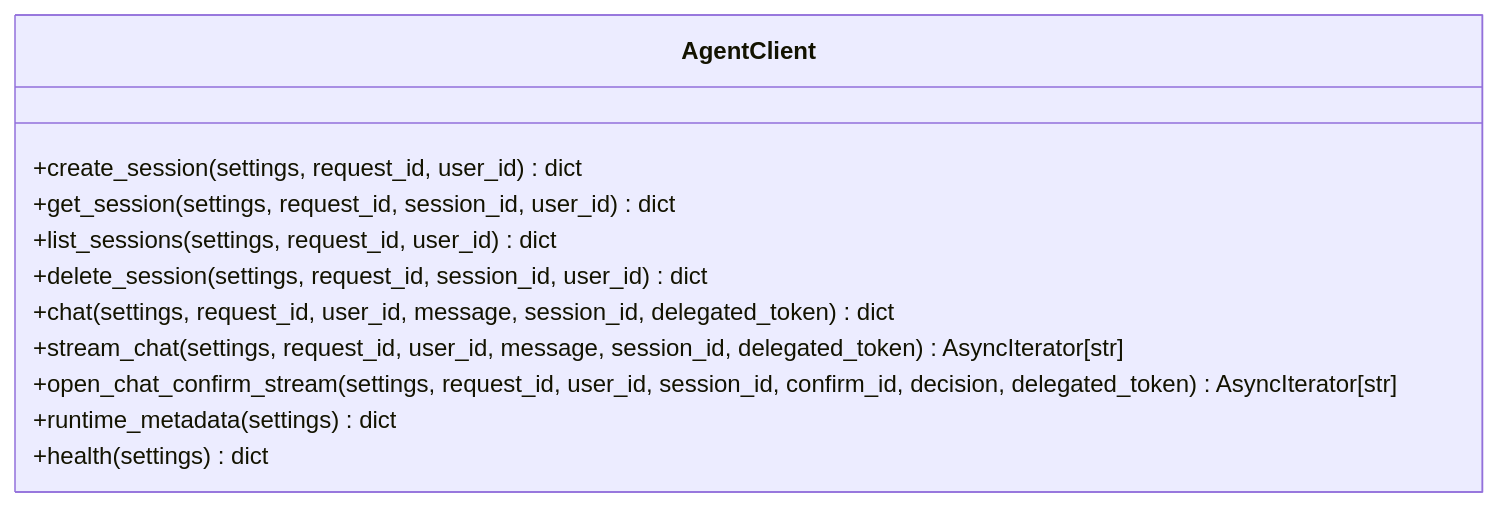
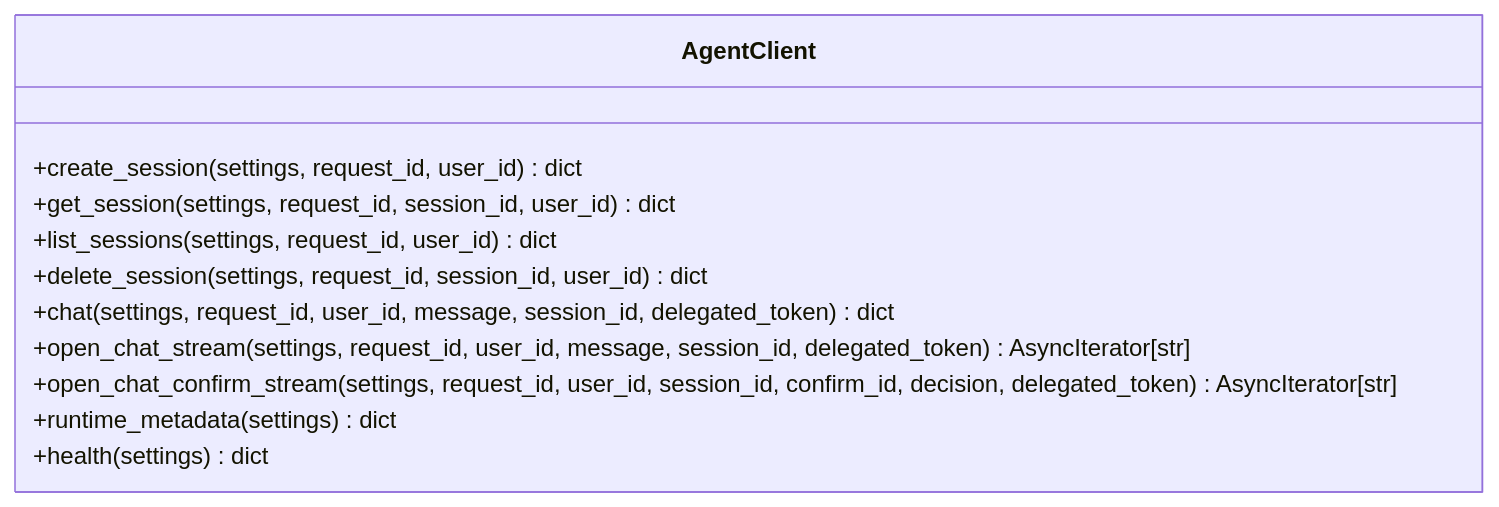
One commit to metasync/luban-aiops changed diagram 14 of 19 in .qoder/repowiki/en/content/Architecture Documentation/Platform Gateway Service.md. Above: the diagram before and after it, drawn with Mermaid. The commit also changed other lines of this file and 4 other files, not shown here.

````diff
--- a/.qoder/repowiki/en/content/Architecture Documentation/Platform Gateway Service.md
+++ b/.qoder/repowiki/en/content/Architecture Documentation/Platform Gateway Service.md
@@ -794,14 +851,14 @@
 ```mermaid
 classDiagram
 class AgentClient {
 +create_session(settings, request_id, user_id) dict
 +get_session(settings, request_id, session_id, user_id) dict
 +list_sessions(settings, request_id, user_id) dict
 +delete_session(settings, request_id, session_id, user_id) dict
 +chat(settings, request_id, user_id, message, session_id, delegated_token) dict
-+stream_chat(settings, request_id, user_id, message, session_id, delegated_token) AsyncIterator[str]
++open_chat_stream(settings, request_id, user_id, message, session_id, delegated_token) AsyncIterator[str]
 +open_chat_confirm_stream(settings, request_id, user_id, session_id, confirm_id, decision, delegated_token) AsyncIterator[str]
 +runtime_metadata(settings) dict
 +health(settings) dict
 }
 ```
````
